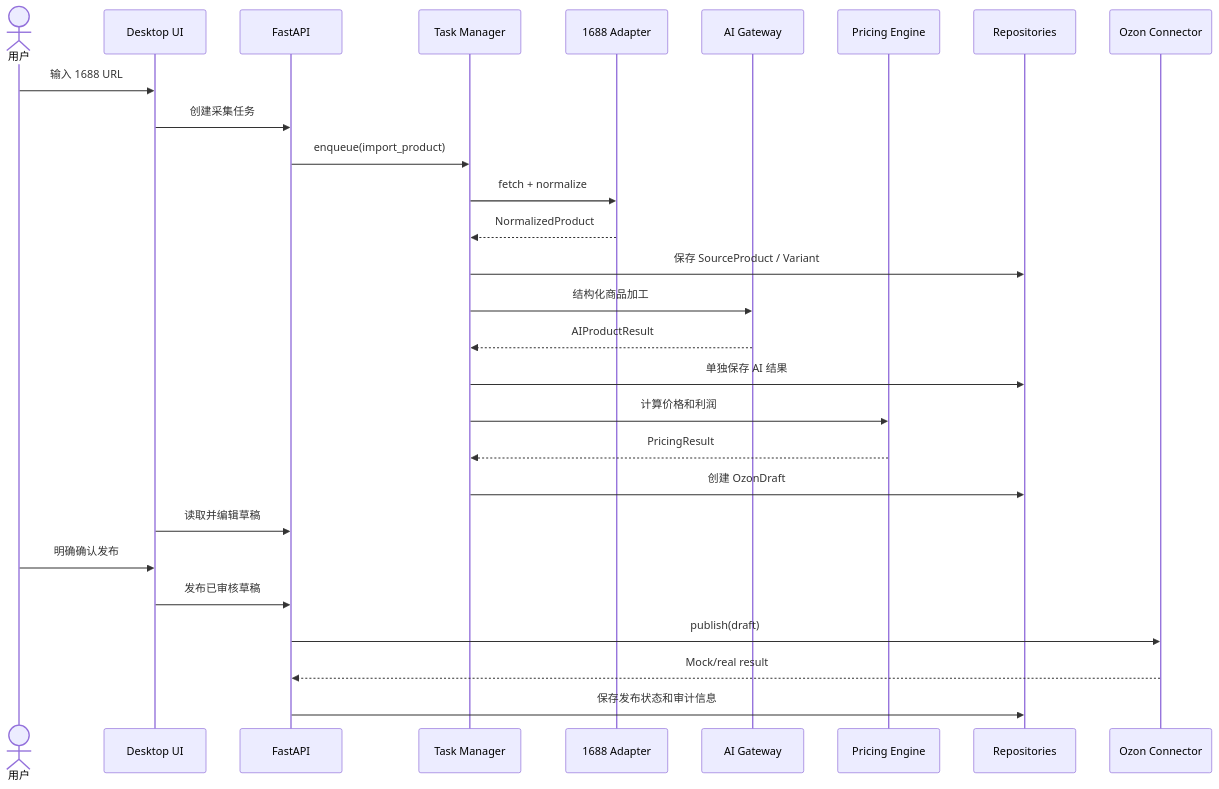
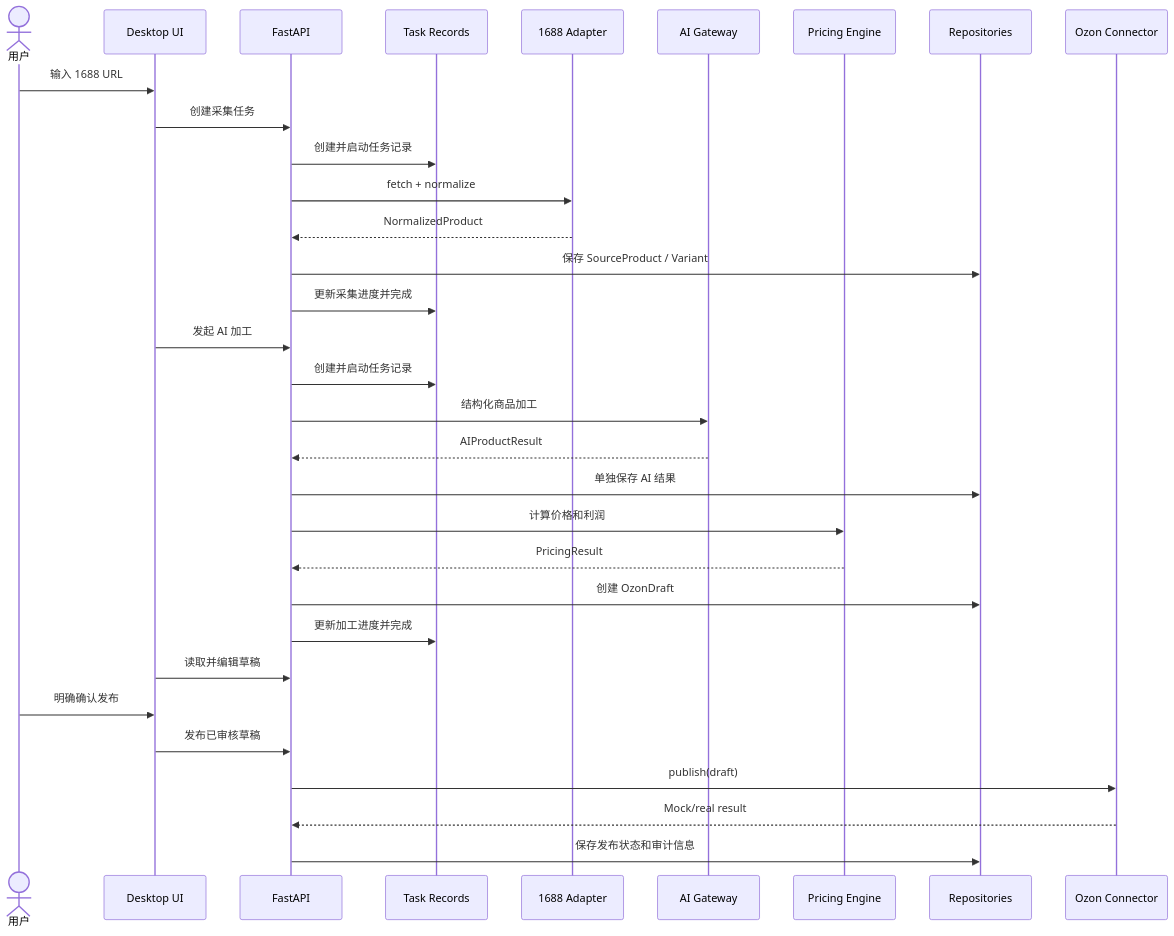
Before and after one commit to he15375842065-png/ozon-assistant: the second of 2 diagrams in ARCHITECTURE.md, drawn with Mermaid. The commit also changed other lines of this file and 7 other files, not shown here.

````diff
--- a/ARCHITECTURE.md
+++ b/ARCHITECTURE.md
@@ -84,31 +84,35 @@
 ```mermaid
 sequenceDiagram
     actor User as 用户
     participant UI as Desktop UI
     participant API as FastAPI
-    participant Task as Task Manager
+    participant Task as Task Records
     participant Source as 1688 Adapter
     participant AI as AI Gateway
     participant Price as Pricing Engine
     participant Repo as Repositories
     participant Ozon as Ozon Connector
 
     User->>UI: 输入 1688 URL
     UI->>API: 创建采集任务
-    API->>Task: enqueue(import_product)
-    Task->>Source: fetch + normalize
-    Source-->>Task: NormalizedProduct
-    Task->>Repo: 保存 SourceProduct / Variant
-    Task->>AI: 结构化商品加工
-    AI-->>Task: AIProductResult
-    Task->>Repo: 单独保存 AI 结果
-    Task->>Price: 计算价格和利润
-    Price-->>Task: PricingResult
-    Task->>Repo: 创建 OzonDraft
+    API->>Task: 创建并启动任务记录
+    API->>Source: fetch + normalize
+    Source-->>API: NormalizedProduct
+    API->>Repo: 保存 SourceProduct / Variant
+    API->>Task: 更新采集进度并完成
+    UI->>API: 发起 AI 加工
+    API->>Task: 创建并启动任务记录
+    API->>AI: 结构化商品加工
+    AI-->>API: AIProductResult
+    API->>Repo: 单独保存 AI 结果
+    API->>Price: 计算价格和利润
+    Price-->>API: PricingResult
+    API->>Repo: 创建 OzonDraft
+    API->>Task: 更新加工进度并完成
     UI->>API: 读取并编辑草稿
     User->>UI: 明确确认发布
     UI->>API: 发布已审核草稿
     API->>Ozon: publish(draft)
     Ozon-->>API: Mock/real result
     API->>Repo: 保存发布状态和审计信息
 ```
````
